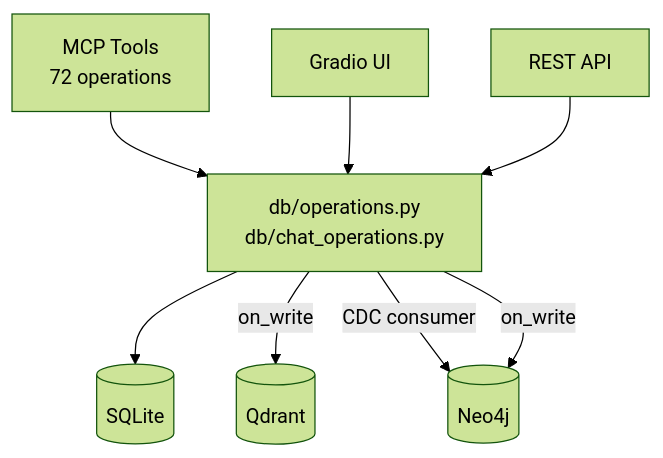
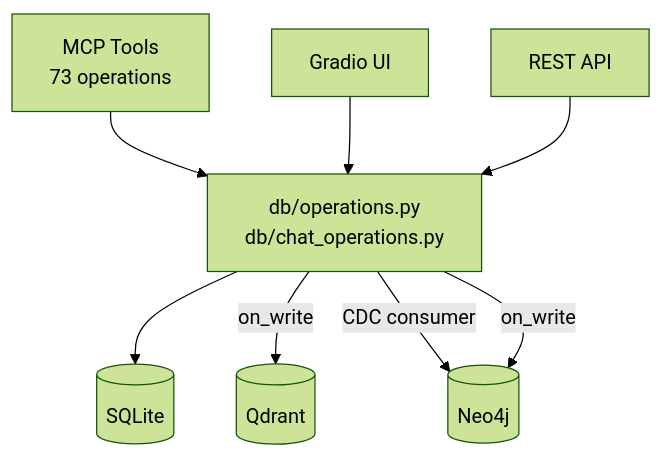
One commit to janat-llc/janatpmp changed the second of 2 diagrams in README.md. Above: the diagram before and after it, drawn with Mermaid (forest theme). The commit also changed other lines of this file and 9 other files, not shown here.

````diff
--- a/README.md
+++ b/README.md
@@ -42,10 +42,10 @@
 ```mermaid
 graph TB
-    MCP[MCP Tools<br/>72 operations] --> DB[db/operations.py<br/>db/chat_operations.py]
+    MCP[MCP Tools<br/>73 operations] --> DB[db/operations.py<br/>db/chat_operations.py]
     UI[Gradio UI] --> DB
     API[REST API] --> DB
     DB --> SQLite[(SQLite)]
     DB -->|on_write| Qdrant[(Qdrant)]
     DB -->|CDC consumer| Neo4j[(Neo4j)]
     DB -->|on_write| Neo4j
 ```
````
